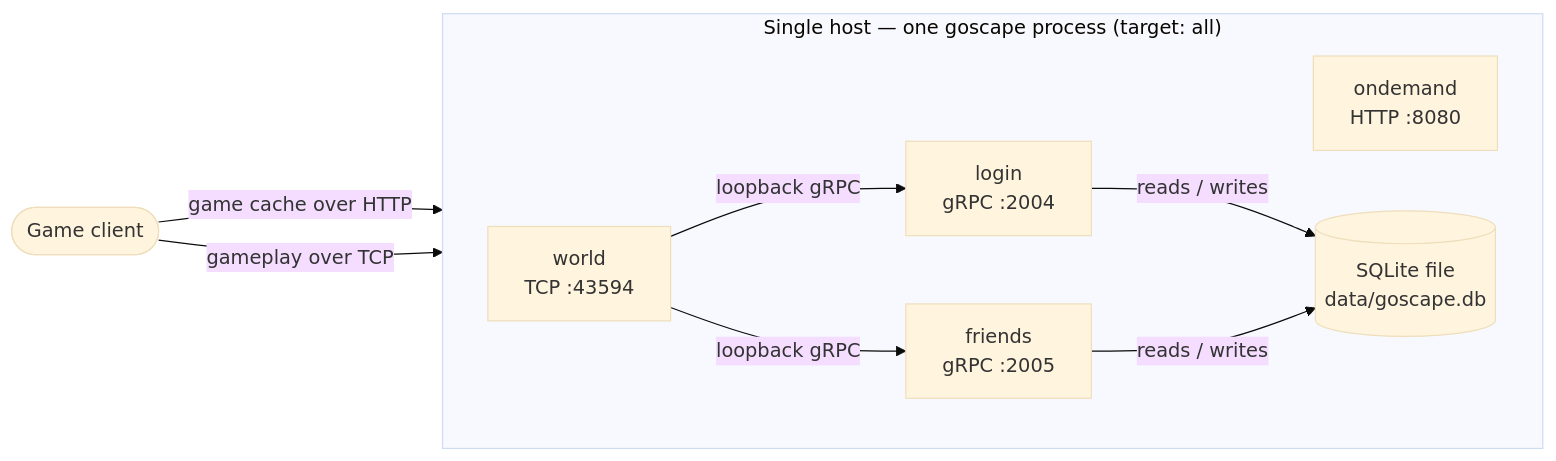
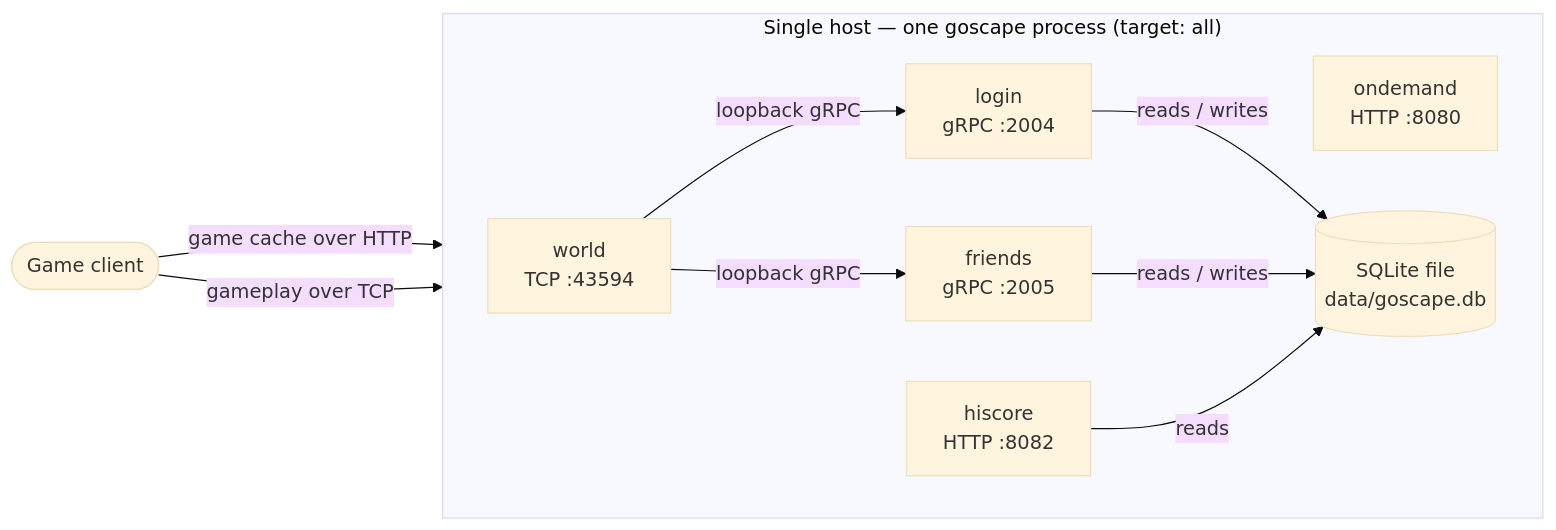
Before and after one commit to zsrv/goscape: the first of 5 diagrams in docs/admin/deployment.md, drawn with Mermaid (base theme). The commit also changed other lines of this file and 13 other files, not shown here.

````diff
--- a/docs/admin/deployment.md
+++ b/docs/admin/deployment.md
@@ -40,18 +41,20 @@
 ```mermaid
 graph LR
     client([Game client])
     subgraph host["Single host — one goscape process (target: all)"]
         direction LR
         ondemand["ondemand<br/>HTTP :8080"]
         world["world<br/>TCP :43594"]
         login["login<br/>gRPC :2004"]
         friends["friends<br/>gRPC :2005"]
+        hiscore["hiscore<br/>HTTP :8082"]
         db[("SQLite file<br/>data/goscape.db")]
         world -->|loopback gRPC| login
         world -->|loopback gRPC| friends
         login -->|reads / writes| db
         friends -->|reads / writes| db
+        hiscore -->|reads| db
     end
     client -->|game cache over HTTP| ondemand
     client -->|gameplay over TCP| world
 ```
````
